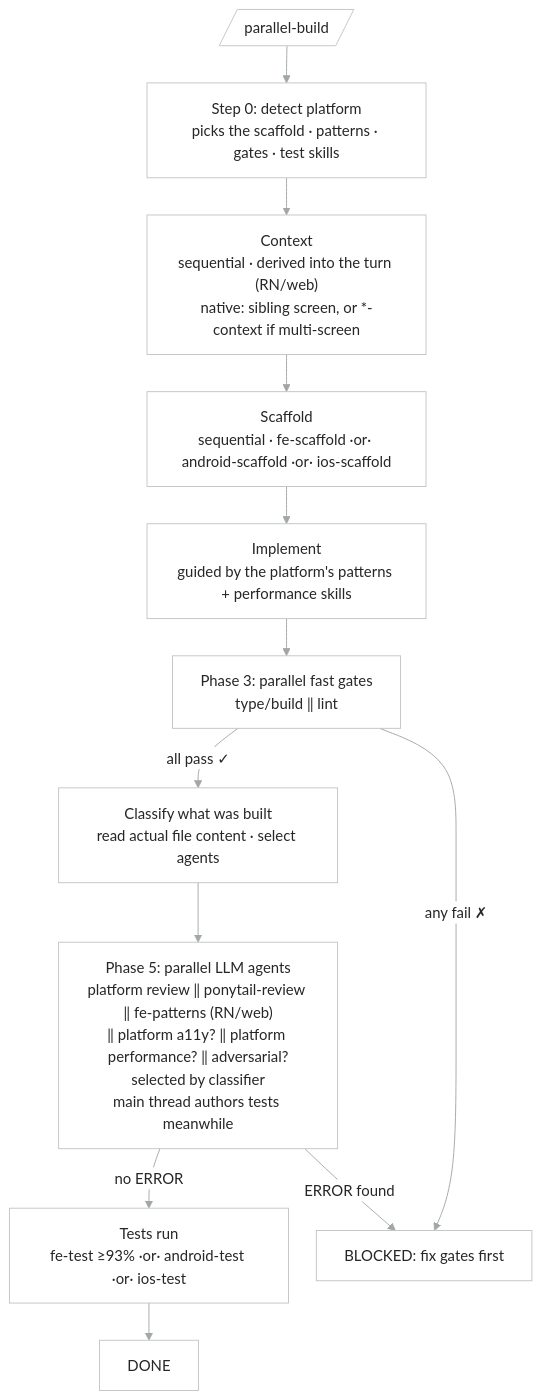
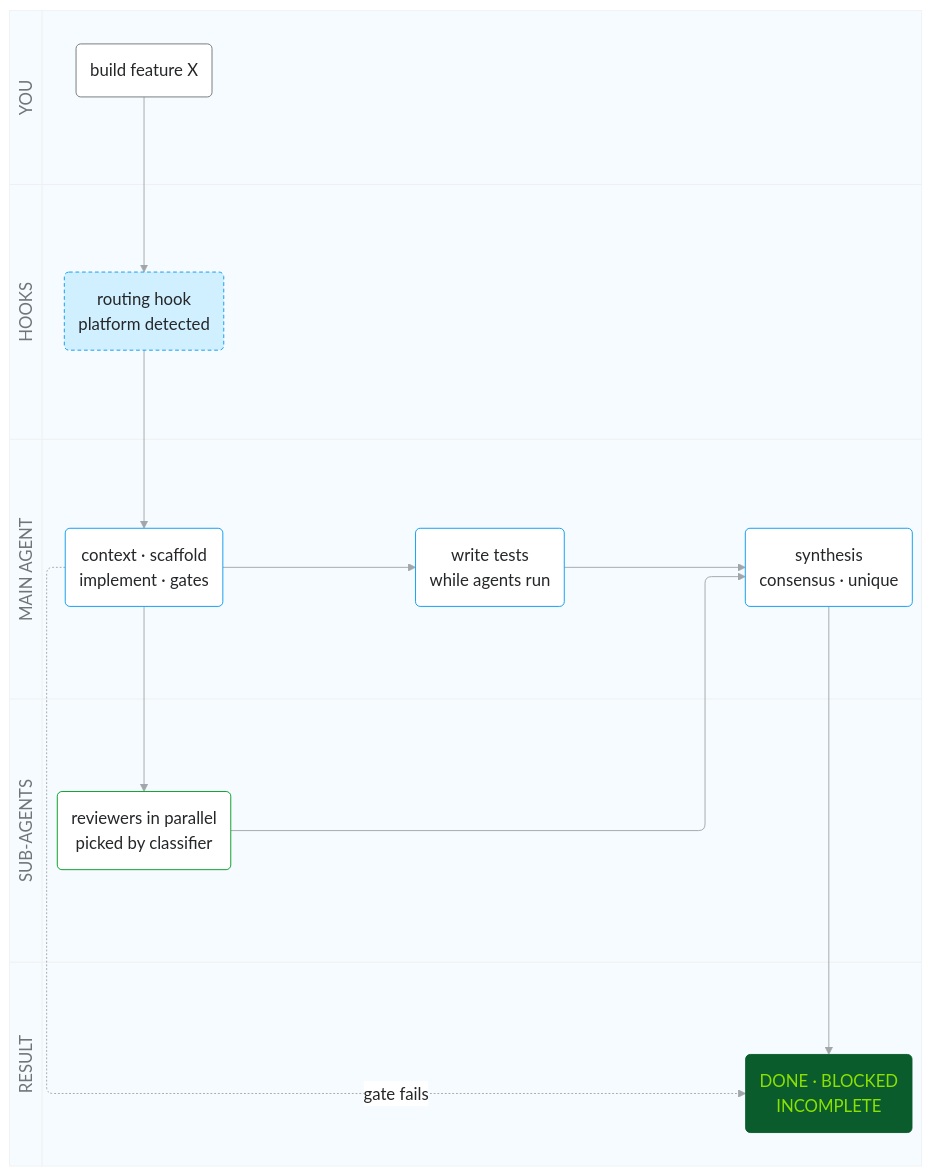
One commit to raditia/CraftKit changed the sixth of 17 diagrams in README.md. Above: the diagram before and after it, drawn with Mermaid. The commit also changed other lines of this file, not shown here.

First line of the commit message:
docs: draw parallel workflows as high-level swimlanes

````diff
--- a/README.md
+++ b/README.md
@@ -507,36 +556,57 @@
 ```mermaid
 ---
 config:
   theme: base
   look: classic
   fontFamily: "-apple-system, BlinkMacSystemFont, Segoe UI, Helvetica, Arial, sans-serif"
   themeVariables:
     fontFamily: "-apple-system, BlinkMacSystemFont, Segoe UI, Helvetica, Arial, sans-serif"
-    fontSize: 16px
+    fontSize: 18px
     primaryColor: "#FFFFFF"
     primaryBorderColor: "#C1C4C6"
     primaryTextColor: "#242628"
     lineColor: "#A2A6A8"
     clusterBkg: "#F5FBFF"
     clusterBorder: "#F0F1F2"
     titleColor: "#707577"
     edgeLabelBackground: "#FFFFFF"
   flowchart:
-    curve: basis
-    wrappingWidth: 240
-    nodeSpacing: 30
-    rankSpacing: 40
+    wrappingWidth: 260
 ---
-flowchart TD
-    A[/parallel-build/] --> P["Step 0: detect platform<br/>picks the scaffold · patterns · gates · test skills"]
-    P --> B["Context<br/>sequential · derived into the turn (RN/web)<br/>native: sibling screen, or *-context if multi-screen"]
-    B --> C["Scaffold<br/>sequential · fe-scaffold ·or· android-scaffold ·or· ios-scaffold"]
-    C --> D["Implement<br/>guided by the platform's patterns + performance skills"]
-    D --> E["Phase 3: parallel fast gates<br/>type/build ‖ lint"]
-    E -->|all pass ✓| F["Classify what was built<br/>read actual file content · select agents"]
-    F --> G["Phase 5: parallel LLM agents<br/>platform review ‖ ponytail-review ‖ fe-patterns (RN/web)<br/>‖ platform a11y? ‖ platform performance? ‖ adversarial?<br/>selected by classifier<br/>main thread authors tests meanwhile"]
-    G -->|no ERROR| H["Tests run<br/>fe-test ≥93% ·or· android-test ·or· ios-test"]
-    H --> I[DONE]
-    E -->|any fail ✗| J["BLOCKED: fix gates first"]
-    G -->|ERROR found| J
+swimlane-beta LR
+    subgraph you["YOU"]
+        ask("build feature X")
+    end
+    subgraph hooks["HOOKS"]
+        route("routing hook<br/>platform detected")
+    end
+    subgraph main["MAIN AGENT"]
+        impl("context · scaffold<br/>implement · gates")
+        tst("write tests<br/>while agents run")
+        syn("synthesis<br/>consensus · unique")
+    end
+    subgraph subs["SUB-AGENTS"]
+        rev("reviewers in parallel<br/>picked by classifier")
+    end
+    subgraph result["RESULT"]
+        done("DONE · BLOCKED<br/>INCOMPLETE")
+    end
+    ask --> route --> impl
+    impl --> rev
+    impl --> tst
+    rev --> syn
+    tst --> syn
+    syn --> done
+    impl -.->|gate fails| done
+
+    classDef you fill:#FFFFFF,stroke:#707577,color:#242628
+    classDef hook fill:#D1F0FF,stroke:#0A9AF2,color:#242628,stroke-dasharray:4 3
+    classDef main fill:#FFFFFF,stroke:#0A9AF2,color:#242628
+    classDef sub fill:#FFFFFF,stroke:#029D24,color:#242628
+    classDef verdict fill:#0A5C2C,stroke:#0A5C2C,color:#8BE200
+    class ask you
+    class route hook
+    class impl,tst,syn main
+    class rev sub
+    class done verdict
 ```
````
